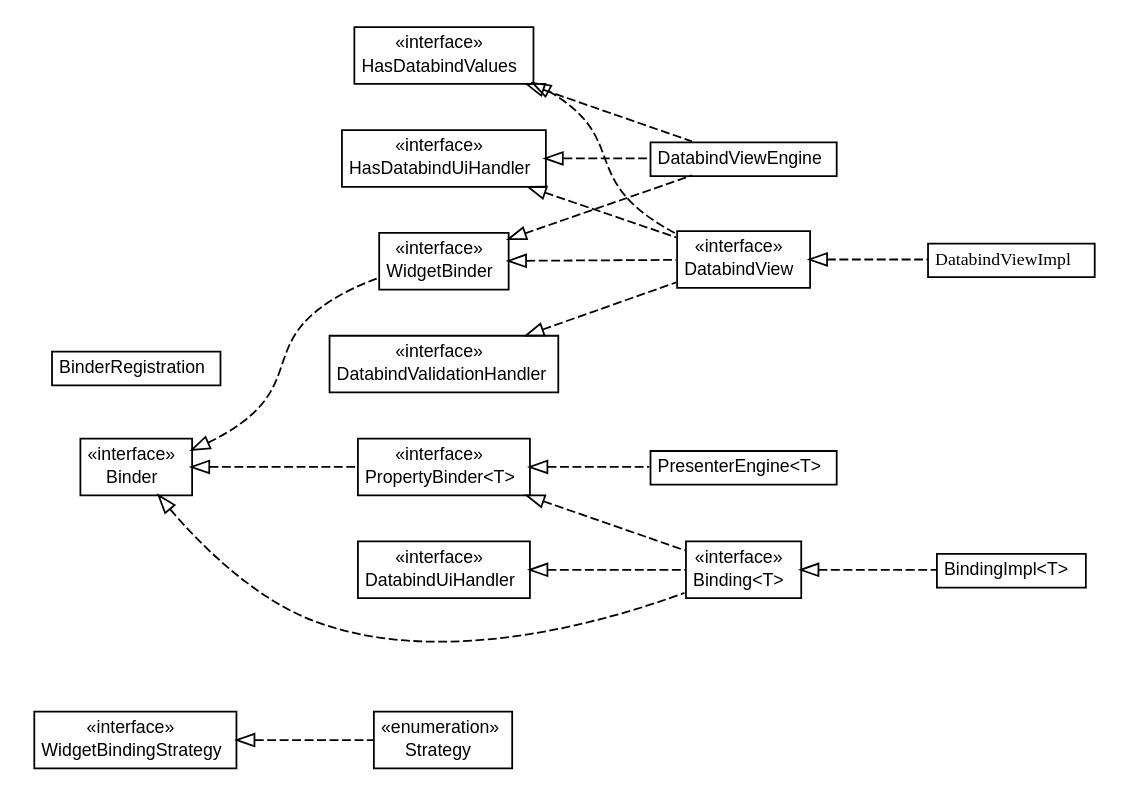
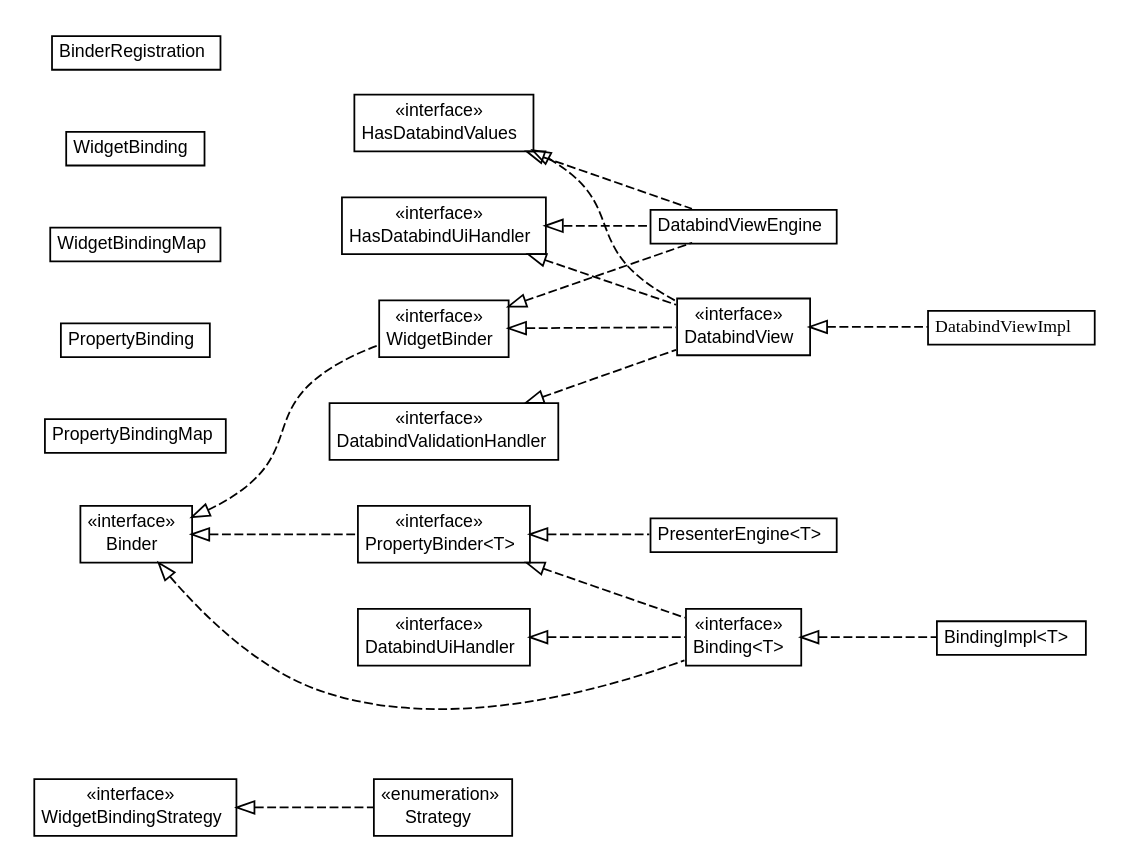
The diagram in javadoc/apidocs/org/turbogwt/mvp/databind/org.turbogwt.mvp.databind.dot (growbit/turbogwt-databind), drawn with Graphviz before and after one commit. The commit also changed 165 other files, not shown here.

```diff
--- a/javadoc/apidocs/org/turbogwt/mvp/databind/org.turbogwt.mvp.databind.dot
+++ b/javadoc/apidocs/org/turbogwt/mvp/databind/org.turbogwt.mvp.databind.dot
@@ -44,109 +44,133 @@
 <tr><td align="center" balign="center"> PresenterEngine&lt;T&gt; </td></tr>
 		</table></td></tr>
 		</table>>, URL="./PresenterEngine.html", fontname="arial", fontcolor="black", fontsize=10.0];
+	// org.turbogwt.mvp.databind.PresenterEngine.PropertyBindingMap
+	c5 [label=<<table title="org.turbogwt.mvp.databind.PresenterEngine.PropertyBindingMap" border="0" cellborder="1" cellspacing="0" cellpadding="2" port="p" href="./PresenterEngine.PropertyBindingMap.html">
+		<tr><td><table border="0" cellspacing="0" cellpadding="1">
+<tr><td align="center" balign="center"> PropertyBindingMap </td></tr>
+		</table></td></tr>
+		</table>>, URL="./PresenterEngine.PropertyBindingMap.html", fontname="arial", fontcolor="black", fontsize=10.0];
+	// org.turbogwt.mvp.databind.PresenterEngine.PropertyBinding
+	c6 [label=<<table title="org.turbogwt.mvp.databind.PresenterEngine.PropertyBinding" border="0" cellborder="1" cellspacing="0" cellpadding="2" port="p" href="./PresenterEngine.PropertyBinding.html">
+		<tr><td><table border="0" cellspacing="0" cellpadding="1">
+<tr><td align="center" balign="center"> PropertyBinding </td></tr>
+		</table></td></tr>
+		</table>>, URL="./PresenterEngine.PropertyBinding.html", fontname="arial", fontcolor="black", fontsize=10.0];
 	// org.turbogwt.mvp.databind.HasDatabindValues
-	c5 [label=<<table title="org.turbogwt.mvp.databind.HasDatabindValues" border="0" cellborder="1" cellspacing="0" cellpadding="2" port="p" href="./HasDatabindValues.html">
+	c7 [label=<<table title="org.turbogwt.mvp.databind.HasDatabindValues" border="0" cellborder="1" cellspacing="0" cellpadding="2" port="p" href="./HasDatabindValues.html">
 		<tr><td><table border="0" cellspacing="0" cellpadding="1">
 <tr><td align="center" balign="center"> &#171;interface&#187; </td></tr>
 <tr><td align="center" balign="center"> HasDatabindValues </td></tr>
 		</table></td></tr>
 		</table>>, URL="./HasDatabindValues.html", fontname="arial", fontcolor="black", fontsize=10.0];
 	// org.turbogwt.mvp.databind.HasDatabindUiHandler
-	c6 [label=<<table title="org.turbogwt.mvp.databind.HasDatabindUiHandler" border="0" cellborder="1" cellspacing="0" cellpadding="2" port="p" href="./HasDatabindUiHandler.html">
+	c8 [label=<<table title="org.turbogwt.mvp.databind.HasDatabindUiHandler" border="0" cellborder="1" cellspacing="0" cellpadding="2" port="p" href="./HasDatabindUiHandler.html">
 		<tr><td><table border="0" cellspacing="0" cellpadding="1">
 <tr><td align="center" balign="center"> &#171;interface&#187; </td></tr>
 <tr><td align="center" balign="center"> HasDatabindUiHandler </td></tr>
 		</table></td></tr>
 		</table>>, URL="./HasDatabindUiHandler.html", fontname="arial", fontcolor="black", fontsize=10.0];
 	// org.turbogwt.mvp.databind.DatabindViewImpl
-	c7 [label=<<table title="org.turbogwt.mvp.databind.DatabindViewImpl" border="0" cellborder="1" cellspacing="0" cellpadding="2" port="p" href="./DatabindViewImpl.html">
+	c9 [label=<<table title="org.turbogwt.mvp.databind.DatabindViewImpl" border="0" cellborder="1" cellspacing="0" cellpadding="2" port="p" href="./DatabindViewImpl.html">
 		<tr><td><table border="0" cellspacing="0" cellpadding="1">
 <tr><td align="center" balign="center"><font face="arial italic"> DatabindViewImpl </font></td></tr>
 		</table></td></tr>
 		</table>>, URL="./DatabindViewImpl.html", fontname="arial", fontcolor="black", fontsize=10.0];
 	// org.turbogwt.mvp.databind.DatabindViewEngine
-	c8 [label=<<table title="org.turbogwt.mvp.databind.DatabindViewEngine" border="0" cellborder="1" cellspacing="0" cellpadding="2" port="p" href="./DatabindViewEngine.html">
+	c10 [label=<<table title="org.turbogwt.mvp.databind.DatabindViewEngine" border="0" cellborder="1" cellspacing="0" cellpadding="2" port="p" href="./DatabindViewEngine.html">
 		<tr><td><table border="0" cellspacing="0" cellpadding="1">
 <tr><td align="center" balign="center"> DatabindViewEngine </td></tr>
 		</table></td></tr>
 		</table>>, URL="./DatabindViewEngine.html", fontname="arial", fontcolor="black", fontsize=10.0];
+	// org.turbogwt.mvp.databind.DatabindViewEngine.WidgetBindingMap
+	c11 [label=<<table title="org.turbogwt.mvp.databind.DatabindViewEngine.WidgetBindingMap" border="0" cellborder="1" cellspacing="0" cellpadding="2" port="p" href="./DatabindViewEngine.WidgetBindingMap.html">
+		<tr><td><table border="0" cellspacing="0" cellpadding="1">
+<tr><td align="center" balign="center"> WidgetBindingMap </td></tr>
+		</table></td></tr>
+		</table>>, URL="./DatabindViewEngine.WidgetBindingMap.html", fontname="arial", fontcolor="black", fontsize=10.0];
+	// org.turbogwt.mvp.databind.DatabindViewEngine.WidgetBinding
+	c12 [label=<<table title="org.turbogwt.mvp.databind.DatabindViewEngine.WidgetBinding" border="0" cellborder="1" cellspacing="0" cellpadding="2" port="p" href="./DatabindViewEngine.WidgetBinding.html">
+		<tr><td><table border="0" cellspacing="0" cellpadding="1">
+<tr><td align="center" balign="center"> WidgetBinding </td></tr>
+		</table></td></tr>
+		</table>>, URL="./DatabindViewEngine.WidgetBinding.html", fontname="arial", fontcolor="black", fontsize=10.0];
 	// org.turbogwt.mvp.databind.DatabindView
-	c9 [label=<<table title="org.turbogwt.mvp.databind.DatabindView" border="0" cellborder="1" cellspacing="0" cellpadding="2" port="p" href="./DatabindView.html">
+	c13 [label=<<table title="org.turbogwt.mvp.databind.DatabindView" border="0" cellborder="1" cellspacing="0" cellpadding="2" port="p" href="./DatabindView.html">
 		<tr><td><table border="0" cellspacing="0" cellpadding="1">
 <tr><td align="center" balign="center"> &#171;interface&#187; </td></tr>
 <tr><td align="center" balign="center"> DatabindView </td></tr>
 		</table></td></tr>
 		</table>>, URL="./DatabindView.html", fontname="arial", fontcolor="black", fontsize=10.0];
 	// org.turbogwt.mvp.databind.DatabindValidationHandler
-	c10 [label=<<table title="org.turbogwt.mvp.databind.DatabindValidationHandler" border="0" cellborder="1" cellspacing="0" cellpadding="2" port="p" href="./DatabindValidationHandler.html">
+	c14 [label=<<table title="org.turbogwt.mvp.databind.DatabindValidationHandler" border="0" cellborder="1" cellspacing="0" cellpadding="2" port="p" href="./DatabindValidationHandler.html">
 		<tr><td><table border="0" cellspacing="0" cellpadding="1">
 <tr><td align="center" balign="center"> &#171;interface&#187; </td></tr>
 <tr><td align="center" balign="center"> DatabindValidationHandler </td></tr>
 		</table></td></tr>
 		</table>>, URL="./DatabindValidationHandler.html", fontname="arial", fontcolor="black", fontsize=10.0];
 	// org.turbogwt.mvp.databind.DatabindUiHandler
-	c11 [label=<<table title="org.turbogwt.mvp.databind.DatabindUiHandler" border="0" cellborder="1" cellspacing="0" cellpadding="2" port="p" href="./DatabindUiHandler.html">
+	c15 [label=<<table title="org.turbogwt.mvp.databind.DatabindUiHandler" border="0" cellborder="1" cellspacing="0" cellpadding="2" port="p" href="./DatabindUiHandler.html">
 		<tr><td><table border="0" cellspacing="0" cellpadding="1">
 <tr><td align="center" balign="center"> &#171;interface&#187; </td></tr>
 <tr><td align="center" balign="center"> DatabindUiHandler </td></tr>
 		</table></td></tr>
 		</table>>, URL="./DatabindUiHandler.html", fontname="arial", fontcolor="black", fontsize=10.0];
 	// org.turbogwt.mvp.databind.BindingImpl<T>
-	c12 [label=<<table title="org.turbogwt.mvp.databind.BindingImpl" border="0" cellborder="1" cellspacing="0" cellpadding="2" port="p" href="./BindingImpl.html">
+	c16 [label=<<table title="org.turbogwt.mvp.databind.BindingImpl" border="0" cellborder="1" cellspacing="0" cellpadding="2" port="p" href="./BindingImpl.html">
 		<tr><td><table border="0" cellspacing="0" cellpadding="1">
 <tr><td align="center" balign="center"> BindingImpl&lt;T&gt; </td></tr>
 		</table></td></tr>
 		</table>>, URL="./BindingImpl.html", fontname="arial", fontcolor="black", fontsize=10.0];
 	// org.turbogwt.mvp.databind.Binding<T>
-	c13 [label=<<table title="org.turbogwt.mvp.databind.Binding" border="0" cellborder="1" cellspacing="0" cellpadding="2" port="p" href="./Binding.html">
+	c17 [label=<<table title="org.turbogwt.mvp.databind.Binding" border="0" cellborder="1" cellspacing="0" cellpadding="2" port="p" href="./Binding.html">
 		<tr><td><table border="0" cellspacing="0" cellpadding="1">
 <tr><td align="center" balign="center"> &#171;interface&#187; </td></tr>
 <tr><td align="center" balign="center"> Binding&lt;T&gt; </td></tr>
 		</table></td></tr>
 		</table>>, URL="./Binding.html", fontname="arial", fontcolor="black", fontsize=10.0];
 	// org.turbogwt.mvp.databind.BinderRegistration
-	c14 [label=<<table title="org.turbogwt.mvp.databind.BinderRegistration" border="0" cellborder="1" cellspacing="0" cellpadding="2" port="p" href="./BinderRegistration.html">
+	c18 [label=<<table title="org.turbogwt.mvp.databind.BinderRegistration" border="0" cellborder="1" cellspacing="0" cellpadding="2" port="p" href="./BinderRegistration.html">
 		<tr><td><table border="0" cellspacing="0" cellpadding="1">
 <tr><td align="center" balign="center"> BinderRegistration </td></tr>
 		</table></td></tr>
 		</table>>, URL="./BinderRegistration.html", fontname="arial", fontcolor="black", fontsize=10.0];
 	// org.turbogwt.mvp.databind.Binder
-	c15 [label=<<table title="org.turbogwt.mvp.databind.Binder" border="0" cellborder="1" cellspacing="0" cellpadding="2" port="p" href="./Binder.html">
+	c19 [label=<<table title="org.turbogwt.mvp.databind.Binder" border="0" cellborder="1" cellspacing="0" cellpadding="2" port="p" href="./Binder.html">
 		<tr><td><table border="0" cellspacing="0" cellpadding="1">
 <tr><td align="center" balign="center"> &#171;interface&#187; </td></tr>
 <tr><td align="center" balign="center"> Binder </td></tr>
 		</table></td></tr>
 		</table>>, URL="./Binder.html", fontname="arial", fontcolor="black", fontsize=10.0];
 	//org.turbogwt.mvp.databind.WidgetBinder implements org.turbogwt.mvp.databind.Binder
-	c15:p -> c1:p [dir=back,arrowtail=empty,style=dashed];
+	c19:p -> c1:p [dir=back,arrowtail=empty,style=dashed];
 	//org.turbogwt.mvp.databind.Strategy implements org.turbogwt.mvp.databind.WidgetBindingStrategy
 	c0:p -> c2:p [dir=back,arrowtail=empty,style=dashed];
 	//org.turbogwt.mvp.databind.PropertyBinder<T> implements org.turbogwt.mvp.databind.Binder
-	c15:p -> c3:p [dir=back,arrowtail=empty,style=dashed];
+	c19:p -> c3:p [dir=back,arrowtail=empty,style=dashed];
 	//org.turbogwt.mvp.databind.PresenterEngine<T> implements org.turbogwt.mvp.databind.PropertyBinder<T>
 	c3:p -> c4:p [dir=back,arrowtail=empty,style=dashed];
 	//org.turbogwt.mvp.databind.DatabindViewImpl implements org.turbogwt.mvp.databind.DatabindView
-	c9:p -> c7:p [dir=back,arrowtail=empty,style=dashed];
+	c13:p -> c9:p [dir=back,arrowtail=empty,style=dashed];
 	//org.turbogwt.mvp.databind.DatabindViewEngine implements org.turbogwt.mvp.databind.WidgetBinder
-	c1:p -> c8:p [dir=back,arrowtail=empty,style=dashed];
+	c1:p -> c10:p [dir=back,arrowtail=empty,style=dashed];
 	//org.turbogwt.mvp.databind.DatabindViewEngine implements org.turbogwt.mvp.databind.HasDatabindValues
-	c5:p -> c8:p [dir=back,arrowtail=empty,style=dashed];
+	c7:p -> c10:p [dir=back,arrowtail=empty,style=dashed];
 	//org.turbogwt.mvp.databind.DatabindViewEngine implements org.turbogwt.mvp.databind.HasDatabindUiHandler
-	c6:p -> c8:p [dir=back,arrowtail=empty,style=dashed];
+	c8:p -> c10:p [dir=back,arrowtail=empty,style=dashed];
 	//org.turbogwt.mvp.databind.DatabindView implements org.turbogwt.mvp.databind.HasDatabindUiHandler
-	c6:p -> c9:p [dir=back,arrowtail=empty,style=dashed];
+	c8:p -> c13:p [dir=back,arrowtail=empty,style=dashed];
 	//org.turbogwt.mvp.databind.DatabindView implements org.turbogwt.mvp.databind.HasDatabindValues
-	c5:p -> c9:p [dir=back,arrowtail=empty,style=dashed];
+	c7:p -> c13:p [dir=back,arrowtail=empty,style=dashed];
 	//org.turbogwt.mvp.databind.DatabindView implements org.turbogwt.mvp.databind.WidgetBinder
-	c1:p -> c9:p [dir=back,arrowtail=empty,style=dashed];
+	c1:p -> c13:p [dir=back,arrowtail=empty,style=dashed];
 	//org.turbogwt.mvp.databind.DatabindView implements org.turbogwt.mvp.databind.DatabindValidationHandler
-	c10:p -> c9:p [dir=back,arrowtail=empty,style=dashed];
+	c14:p -> c13:p [dir=back,arrowtail=empty,style=dashed];
 	//org.turbogwt.mvp.databind.BindingImpl<T> implements org.turbogwt.mvp.databind.Binding<T>
-	c13:p -> c12:p [dir=back,arrowtail=empty,style=dashed];
+	c17:p -> c16:p [dir=back,arrowtail=empty,style=dashed];
 	//org.turbogwt.mvp.databind.Binding<T> implements org.turbogwt.mvp.databind.PropertyBinder<T>
-	c3:p -> c13:p [dir=back,arrowtail=empty,style=dashed];
+	c3:p -> c17:p [dir=back,arrowtail=empty,style=dashed];
 	//org.turbogwt.mvp.databind.Binding<T> implements org.turbogwt.mvp.databind.DatabindUiHandler
-	c11:p -> c13:p [dir=back,arrowtail=empty,style=dashed];
+	c15:p -> c17:p [dir=back,arrowtail=empty,style=dashed];
 	//org.turbogwt.mvp.databind.Binding<T> implements org.turbogwt.mvp.databind.Binder
-	c15:p -> c13:p [dir=back,arrowtail=empty,style=dashed];
+	c19:p -> c17:p [dir=back,arrowtail=empty,style=dashed];
 }
```
